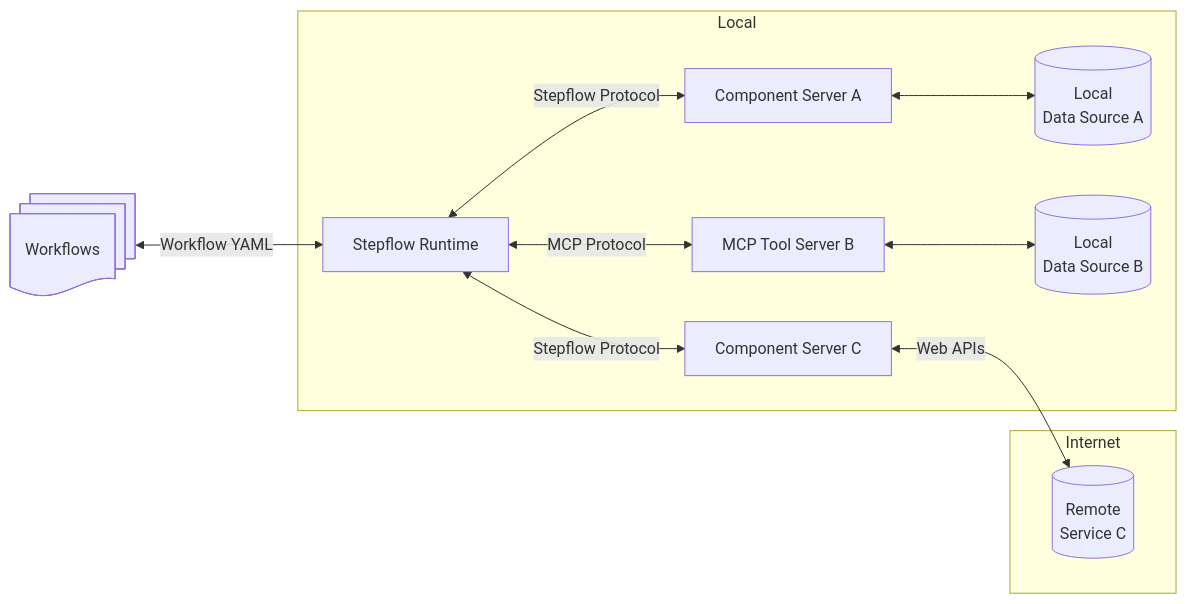
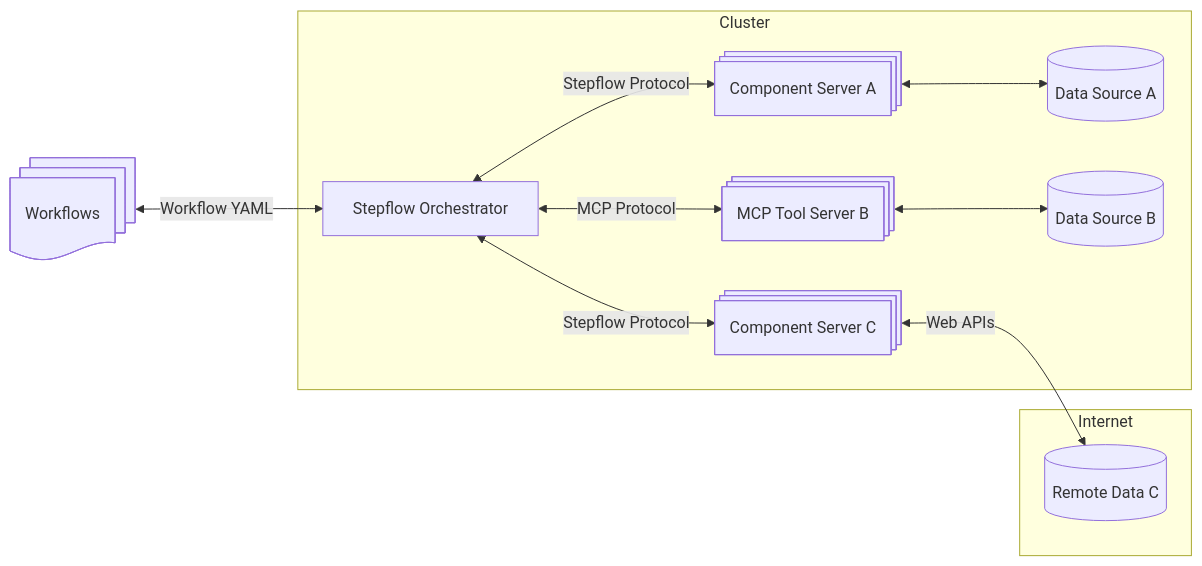
The first of 2 diagrams in docs/docs/introduction.md (stepflow-ai/stepflow), drawn with Mermaid before and after one commit. The commit also changed other lines of this file, not shown here.

Commit message:
docs: update diagrams

````diff
--- a/docs/docs/introduction.md
+++ b/docs/docs/introduction.md
@@ -40,19 +40,26 @@
     ```mermaid
     flowchart LR
-        Workflows["Workflows"]@{ shape: docs }
+        Workflows@{ shape: docs, label:"Workflows" }
+
+        subgraph "Cluster"
+            Host@{shape: process, label: "Stepflow Orchestrator"}
+
+            S1@{shape: processes, label: "Component Server A"}
+            S2@{shape: processes, label: "MCP Tool Server B"} 
+            S3@{shape: processes, label: "Component Server C"}
+            D1@{shape: cylinder, label: "Data Source A"}
+            D2@{shape: cylinder, label: "Data Source B"}
+        end
+
+        subgraph "Internet"
+            D3@{shape: cylinder, label: "Remote Data C"}
+        end
+
         Workflows <-->|"Workflow YAML"| Host
-        subgraph "Local"
-            Host["Stepflow Runtime"]
-            S1["Component Server A"]
-            S2["MCP Tool Server B"]
-            S3["Component Server C"]
-            Host <-->|"Stepflow Protocol"| S1
-            Host <-->|"MCP Protocol"| S2
-            Host <-->|"Stepflow Protocol"| S3
-            S1 <--> D1[("Local<br>Data Source A")]
-            S2 <--> D2[("Local<br>Data Source B")]
-        end
-        subgraph "Internet"
-            S3 <-->|"Web APIs"| D3[("Remote<br>Service C")]
-        end
+        S1 <--> D1
+        S2 <--> D2
+        Host <-->|"Stepflow Protocol"| S1
+        Host <-->|"MCP Protocol"| S2
+        Host <-->|"Stepflow Protocol"| S3
+        S3 <-->|"Web APIs"| D3
     ```
````
